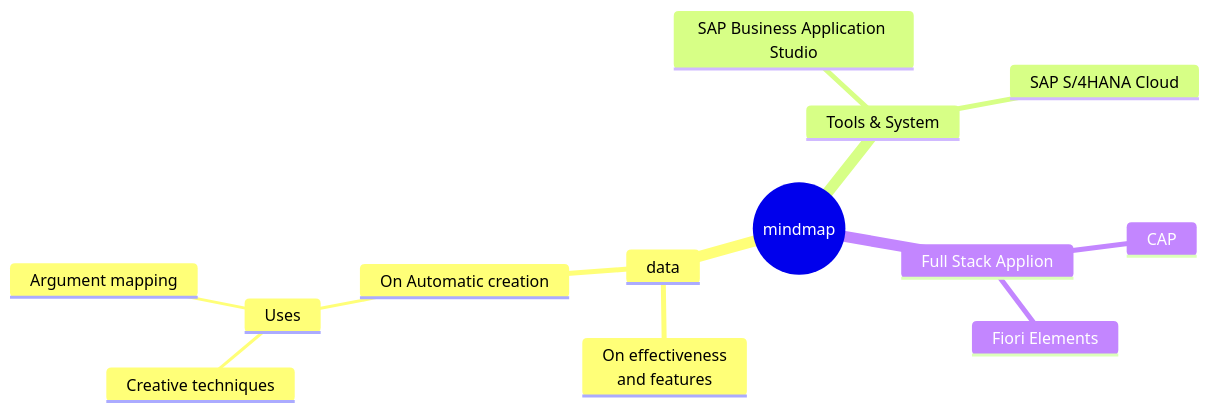
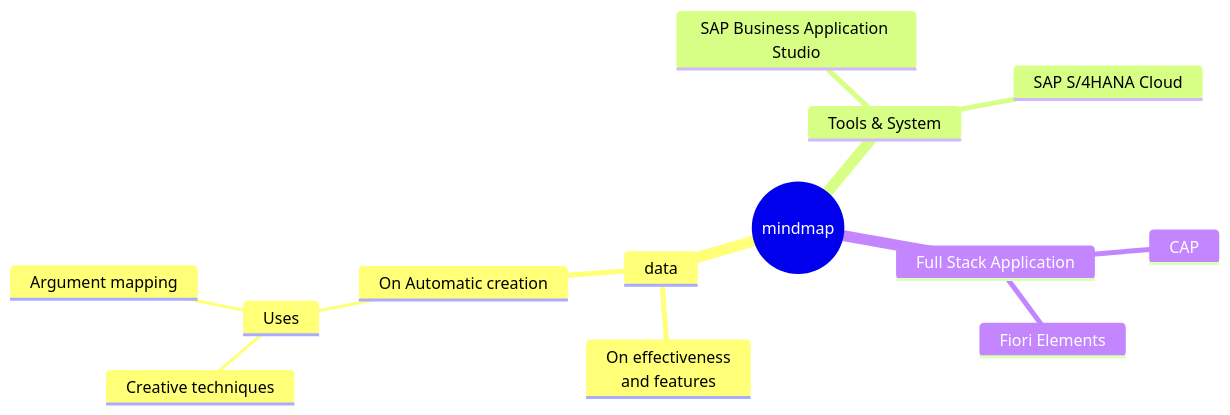
The first of 4 diagrams in README.md (ejazsyed/validation-issue), drawn with Mermaid before and after one commit.

````diff
--- a/README.md
+++ b/README.md
@@ -7,16 +7,16 @@
 ```mermaid
    mindmap
   root((mindmap))
     data
       On effectiveness<br/>and features
       On Automatic creation
         Uses
             Creative techniques
             Argument mapping
     Tools & System
       SAP Business Application Studio
       SAP S/4HANA Cloud
-    Full Stack Applion
+    Full Stack Application
       CAP
       Fiori Elements
 ```
````
